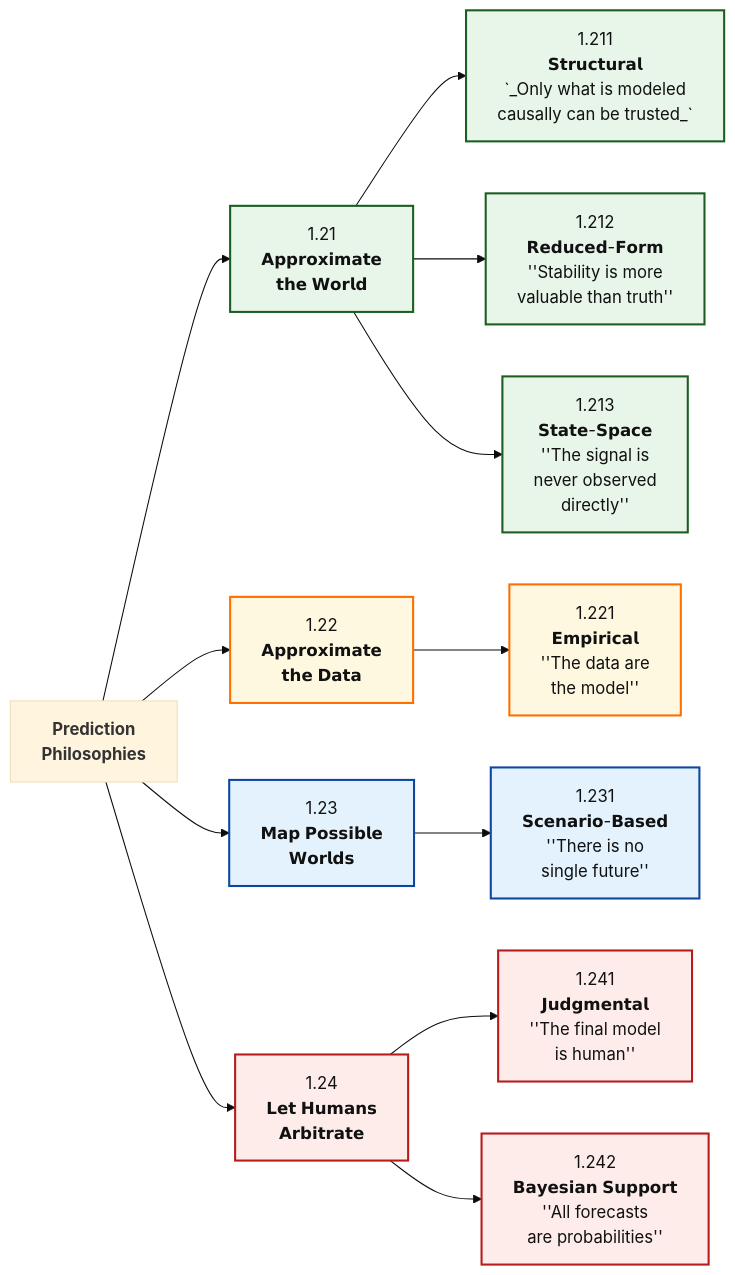
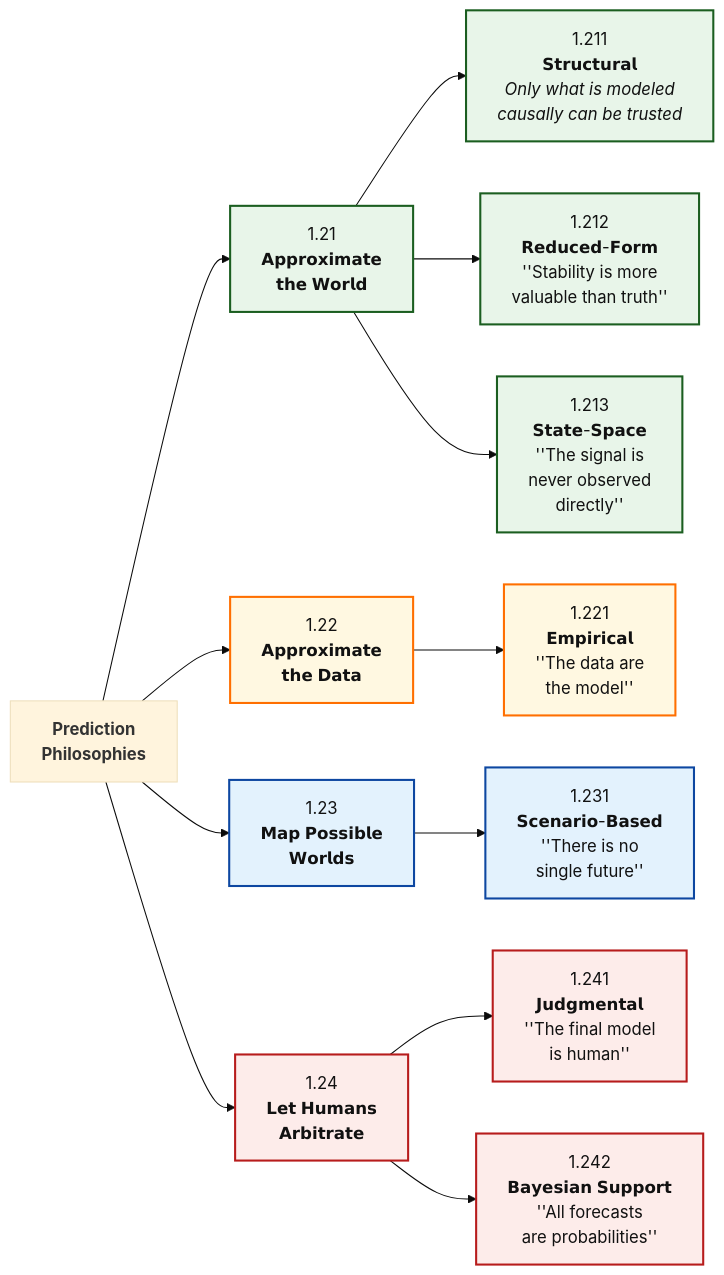
One commit to Tellusant/docs changed the diagram in articles-posts/predictive-model-evaluation-framework.md. Above: the diagram before and after it, drawn with Mermaid (base theme).

```diff
--- a/articles-posts/predictive-model-evaluation-framework.md
+++ b/articles-posts/predictive-model-evaluation-framework.md
@@ -25,42 +25,42 @@
 <div class="mermaid">
   
 flowchart LR
 
 %% ========= NODES =========
 P["`**Prediction**<br/>**Philosophies**`"]:::none
 
 AW["1.21<br/>𝗔𝗽𝗽𝗿𝗼𝘅𝗶𝗺𝗮𝘁𝗲<br/>𝘁𝗵𝗲 𝗪𝗼𝗿𝗹𝗱"]:::strong
 AD["1.22<br/>𝗔𝗽𝗽𝗿𝗼𝘅𝗶𝗺𝗮𝘁𝗲<br/>𝘁𝗵𝗲 𝗗𝗮𝘁𝗮"]:::mixed
 PW["1.23<br/>𝗠𝗮𝗽 𝗣𝗼𝘀𝘀𝗶𝗯𝗹𝗲<br/>𝗪𝗼𝗿𝗹𝗱𝘀"]:::neutral
 HA["1.24<br/>𝗟𝗲𝘁 𝗛𝘂𝗺𝗮𝗻𝘀<br/>𝗔𝗿𝗯𝗶𝘁𝗿𝗮𝘁𝗲"]:::risk
 
-STR["1.211<br/>𝗦𝘁𝗿𝘂𝗰𝘁𝘂𝗿𝗮𝗹<br/>`_Only what is modeled<br/>causally can be trusted_`"]:::strong
+STR["`1.211<br/>𝗦𝘁𝗿𝘂𝗰𝘁𝘂𝗿𝗮𝗹<br/>_Only what is modeled<br/>causally can be trusted_`"]:::strong
 RED["1.212<br/>𝗥𝗲𝗱𝘂𝗰𝗲𝗱-𝗙𝗼𝗿𝗺<br/>''Stability is more<br/>valuable than truth''"]:::strong
 STA["1.213<br/>𝗦𝘁𝗮𝘁𝗲-𝗦𝗽𝗮𝗰𝗲<br/>''The signal is<br/>never observed<br/>directly''"]:::strong
 EMP["1.221<br/>𝗘𝗺𝗽𝗶𝗿𝗶𝗰𝗮𝗹<br/>''The data are<br/>the model''"]:::mixed
 SCE["1.231<br/>𝗦𝗰𝗲𝗻𝗮𝗿𝗶𝗼-𝗕𝗮𝘀𝗲𝗱<br/>''There is no<br/>single future''"]:::neutral
 JUD["1.241<br/>𝗝𝘂𝗱𝗴𝗺𝗲𝗻𝘁𝗮𝗹<br/>''The final model<br/>is human''"]:::risk
 BAY["1.242<br/>𝗕𝗮𝘆𝗲𝘀𝗶𝗮𝗻 𝗦𝘂𝗽𝗽𝗼𝗿𝘁<br/>''All forecasts<br/>are probabilities''"]:::risk
 
 %% ========= RELATIONSHIPS =========
 P --> AW
 P --> AD
 P --> PW
 P --> HA
 AW --> STR
 AW --> RED
 AW --> STA
 AD --> EMP
 PW --> SCE
 HA --> JUD
 HA --> BAY
 
 %% ========= STYLES =========
 classDef strong  fill:#E8F5E9,stroke:#1B5E20,stroke-width:2px,color:#111;
 classDef neutral fill:#E3F2FD,stroke:#0D47A1,stroke-width:2px,color:#111;
 classDef mixed   fill:#FFF8E1,stroke:#FF6F00,stroke-width:2px,color:#111;
 classDef risk    fill:#FDECEA,stroke:#B71C1C,stroke-width:2px,color:#111;
 classDef summary fill:#F5F5F5,stroke:#424242,stroke-width:2px,color:#111;
 classDef anchor fill:transparent,stroke:transparent;
 
 </div>
```
